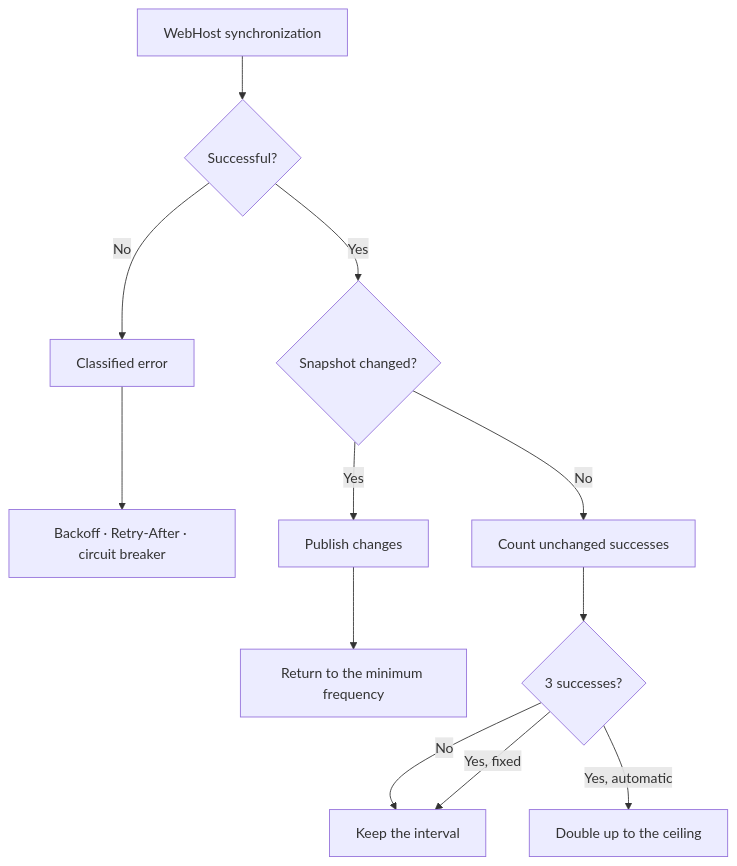
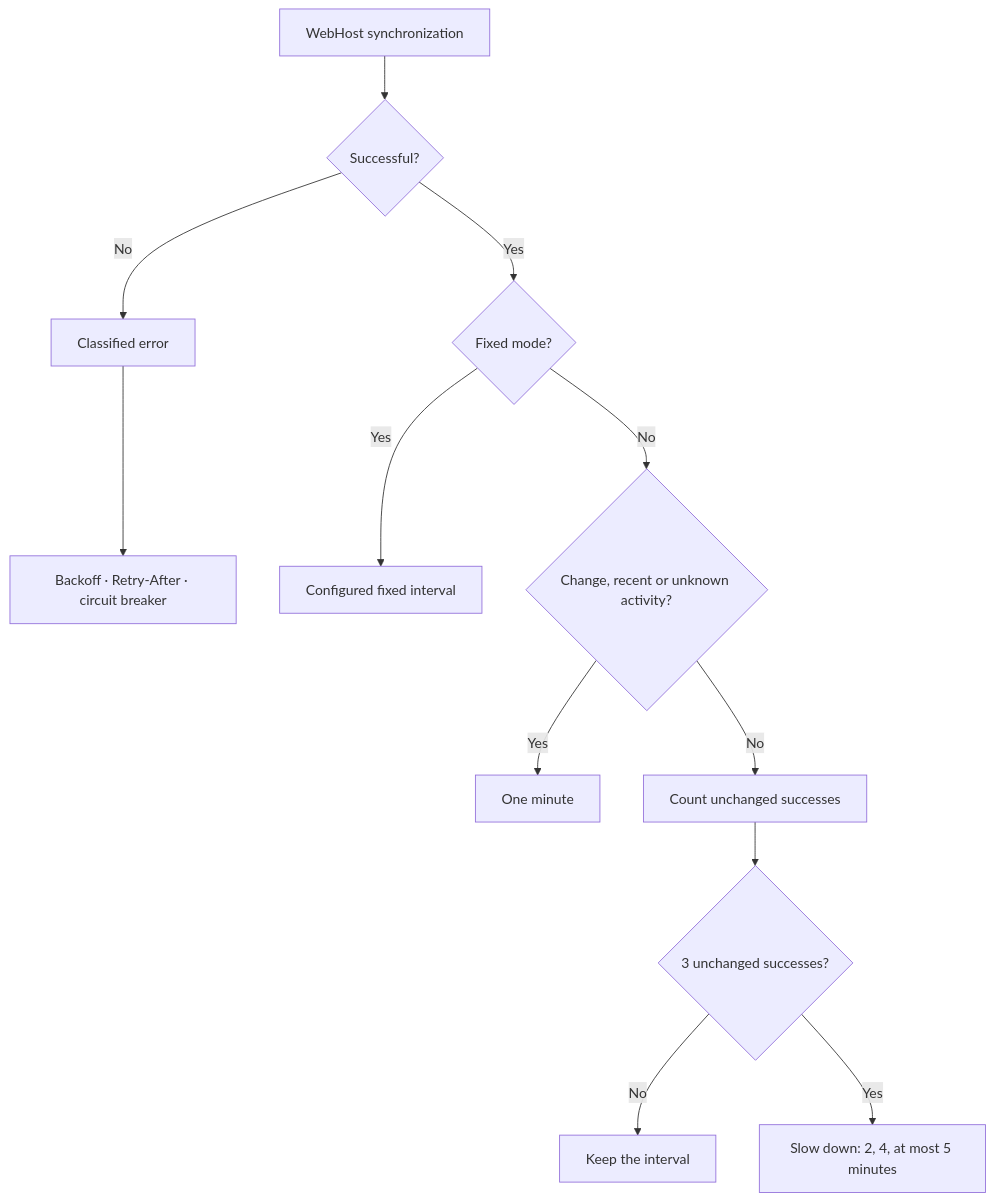
Before and after one commit to Etsuna/ArchipelagoSphereTracker: the second of 6 diagrams in wiki/Room-tracking.md, drawn with Mermaid. The commit also changed other lines of this file and 29 other files, not shown here.

````diff
--- a/wiki/Room-tracking.md
+++ b/wiki/Room-tracking.md
@@ -52,14 +54,14 @@
 ```mermaid
 flowchart TD
     P["WebHost synchronization"] --> Q{"Successful?"}
     Q -->|No| E["Classified error"]
     E --> B["Backoff · Retry-After · circuit breaker"]
-    Q -->|Yes| C{"Snapshot changed?"}
-    C -->|Yes| N["Publish changes"]
-    N --> M["Return to the minimum frequency"]
-    C -->|No| U["Count unchanged successes"]
-    U --> V{"3 successes?"}
+    Q -->|Yes| C{"Fixed mode?"}
+    C -->|Yes| F["Configured fixed interval"]
+    C -->|No| A{"Change, recent or unknown activity?"}
+    A -->|Yes| M["One minute"]
+    A -->|No| U["Count unchanged successes"]
+    U --> V{"3 unchanged successes?"}
     V -->|No| R["Keep the interval"]
-    V -->|Yes, automatic| D["Double up to the ceiling"]
-    V -->|Yes, fixed| R
+    V -->|Yes| D["Slow down: 2, 4, at most 5 minutes"]
 ```
````
